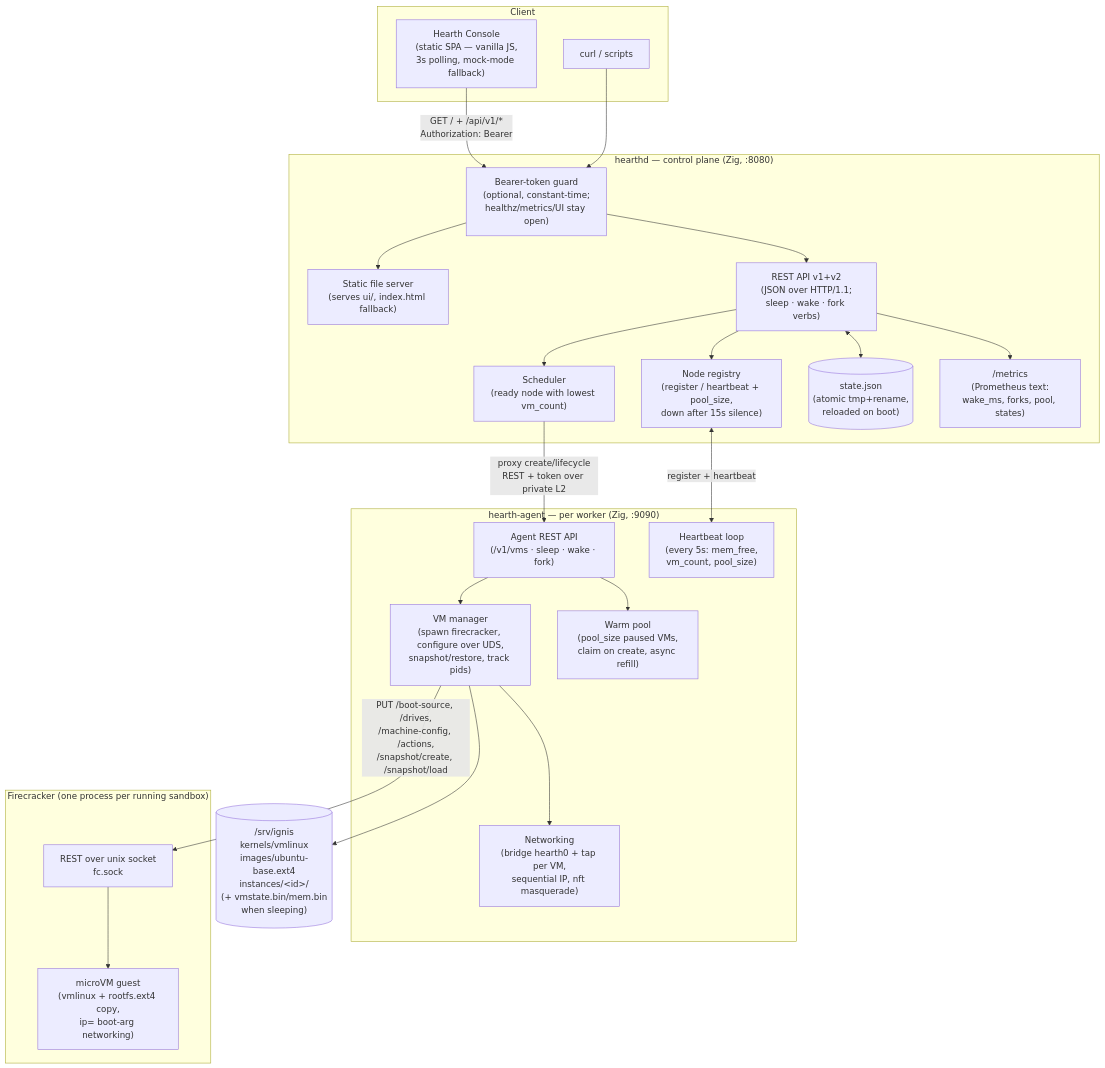
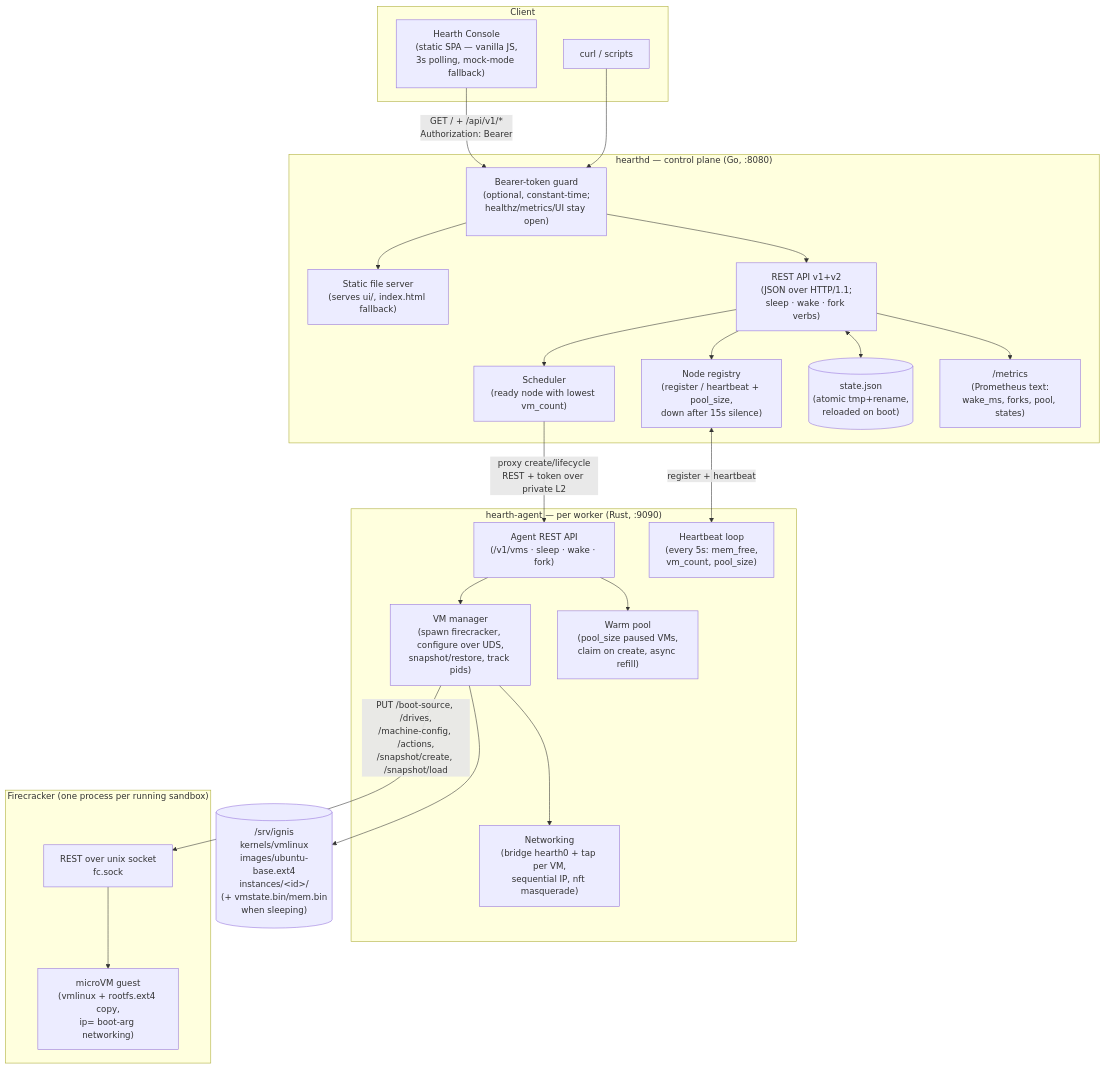
Before and after one commit to Sodoko-dev/felucca: the first of 10 diagrams in docs/ARCHITECTURE.md, drawn with Mermaid. The commit also changed other lines of this file and 9 other files, not shown here.

````diff
--- a/docs/ARCHITECTURE.md
+++ b/docs/ARCHITECTURE.md
@@ -20,49 +23,49 @@
 ```mermaid
 flowchart TB
     subgraph client["Client"]
         UI["Hearth Console<br/>(static SPA — vanilla JS,<br/>3s polling, mock-mode fallback)"]
         CLI["curl / scripts"]
     end
 
-    subgraph hearthd["hearthd — control plane (Zig, :8080)"]
+    subgraph hearthd["hearthd — control plane (Go, :8080)"]
         AUTH["Bearer-token guard<br/>(optional, constant-time;<br/>healthz/metrics/UI stay open)"]
         STATIC["Static file server<br/>(serves ui/, index.html fallback)"]
         API["REST API v1+v2<br/>(JSON over HTTP/1.1;<br/>sleep · wake · fork verbs)"]
         SCHED["Scheduler<br/>(ready node with lowest vm_count)"]
         REG["Node registry<br/>(register / heartbeat + pool_size,<br/>down after 15s silence)"]
         STATE[("state.json<br/>(atomic tmp+rename,<br/>reloaded on boot)")]
         METRICS["/metrics<br/>(Prometheus text:<br/>wake_ms, forks, pool, states)"]
     end
 
-    subgraph agent["hearth-agent — per worker (Zig, :9090)"]
+    subgraph agent["hearth-agent — per worker (Rust, :9090)"]
         AAPI["Agent REST API<br/>(/v1/vms · sleep · wake · fork)"]
         VMM["VM manager<br/>(spawn firecracker, configure over UDS,<br/>snapshot/restore, track pids)"]
         POOL["Warm pool<br/>(pool_size paused VMs,<br/>claim on create, async refill)"]
         NET["Networking<br/>(bridge hearth0 + tap per VM,<br/>sequential IP, nft masquerade)"]
         HB["Heartbeat loop<br/>(every 5s: mem_free,<br/>vm_count, pool_size)"]
     end
 
     subgraph fc["Firecracker (one process per running sandbox)"]
         FCAPI["REST over unix socket<br/>fc.sock"]
         UVM["microVM guest<br/>(vmlinux + rootfs.ext4 copy,<br/>ip= boot-arg networking)"]
     end
 
     ASSETS[("/srv/ignis<br/>kernels/vmlinux<br/>images/ubuntu-base.ext4<br/>instances/&lt;id&gt;/<br/>(+ vmstate.bin/mem.bin<br/>when sleeping)")]
 
     UI -->|"GET /  +  /api/v1/*<br/>Authorization: Bearer"| AUTH
     CLI --> AUTH
     AUTH --> STATIC
     AUTH --> API
     API --> SCHED
     API --> REG
     API --> METRICS
     SCHED -->|"proxy create/lifecycle<br/>REST + token over private L2"| AAPI
     REG <--> |"register + heartbeat"| HB
     API <--> STATE
     AAPI --> VMM
     AAPI --> POOL
     VMM --> NET
     VMM -->|"PUT /boot-source, /drives,<br/>/machine-config, /actions,<br/>/snapshot/create, /snapshot/load"| FCAPI
     FCAPI --> UVM
     VMM --> ASSETS
 ```
````
